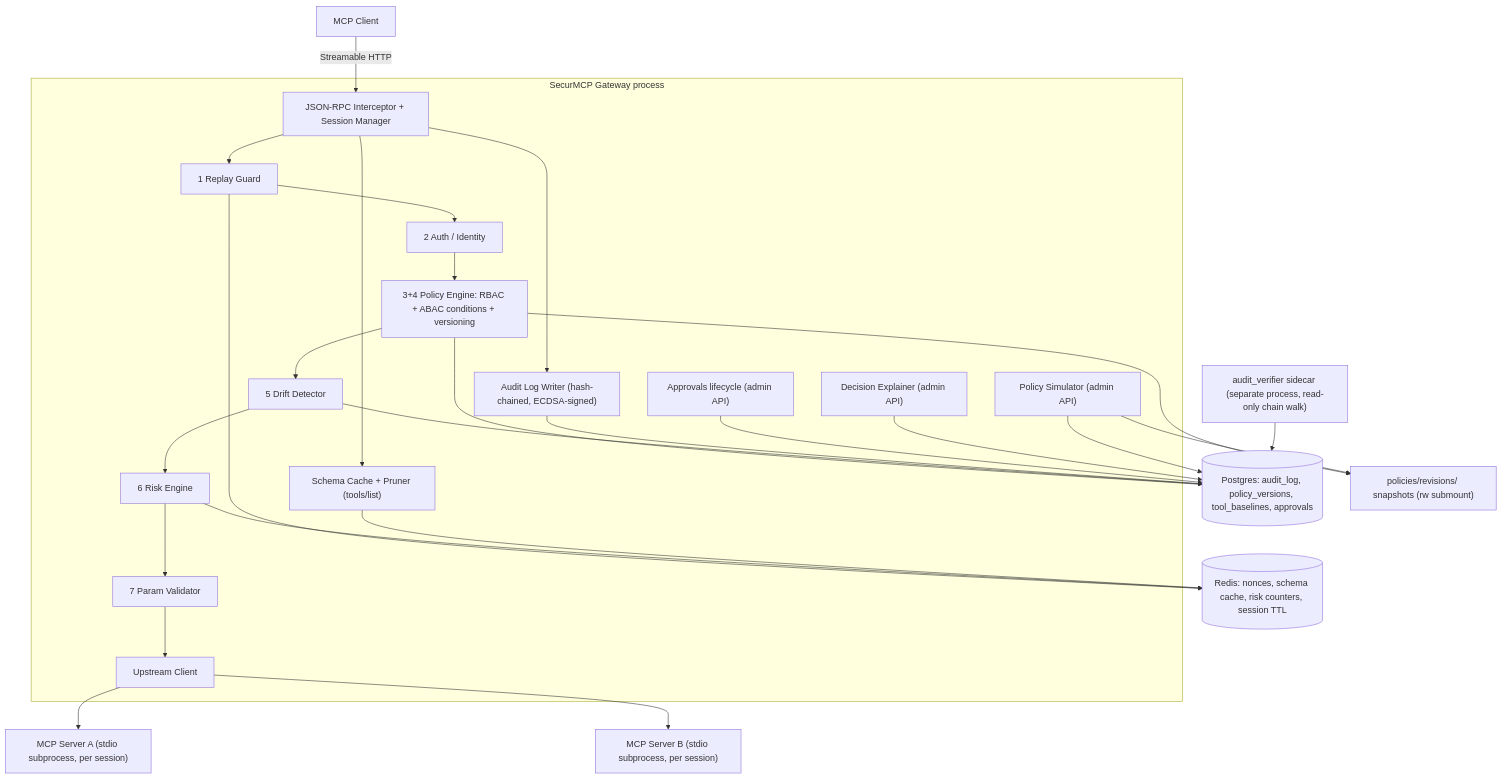
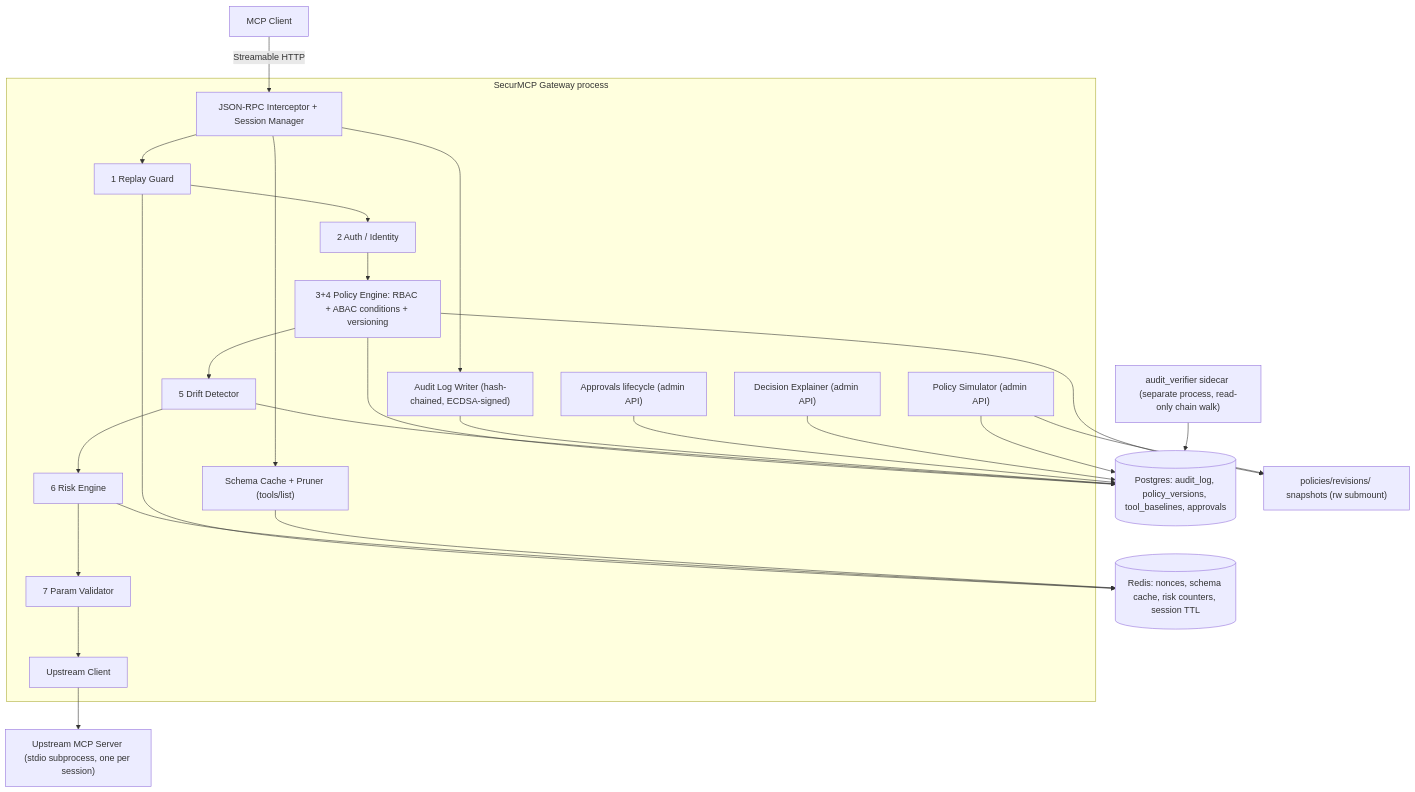
One commit to BashaarJavaid/SecureMCP changed the diagram in README.md. Above: the diagram before and after it, drawn with Mermaid. The commit also changed other lines of this file and 11 other files, not shown here.

````diff
--- a/README.md
+++ b/README.md
@@ -34,38 +38,37 @@
 ```mermaid
 graph TD
     Client["MCP Client"] -->|"Streamable HTTP"| Interceptor
 
     subgraph Gateway["SecurMCP Gateway process"]
         Interceptor["JSON-RPC Interceptor + Session Manager"]
         Interceptor --> Replay["1 Replay Guard"]
         Replay --> Auth["2 Auth / Identity"]
         Auth --> Policy["3+4 Policy Engine: RBAC + ABAC conditions + versioning"]
         Policy --> Drift["5 Drift Detector"]
         Drift --> Risk["6 Risk Engine"]
         Risk --> Validator["7 Param Validator"]
         Validator --> UpClient["Upstream Client"]
         Interceptor --> SchemaCache["Schema Cache + Pruner (tools/list)"]
         Interceptor --> AuditW["Audit Log Writer (hash-chained, ECDSA-signed)"]
         Approvals["Approvals lifecycle (admin API)"]
         Explainer["Decision Explainer (admin API)"]
         Simulator["Policy Simulator (admin API)"]
     end
 
-    UpClient --> SrvA["MCP Server A (stdio subprocess, per session)"]
-    UpClient --> SrvB["MCP Server B (stdio subprocess, per session)"]
+    UpClient --> Srv["Upstream MCP Server (stdio subprocess, one per session)"]
 
     Replay --> Redis[("Redis: nonces, schema cache, risk counters, session TTL")]
     Risk --> Redis
     SchemaCache --> Redis
 
     Policy --> PG[("Postgres: audit_log, policy_versions, tool_baselines, approvals")]
     Drift --> PG
     AuditW --> PG
     Approvals --> PG
     Explainer --> PG
     Simulator --> PG
     Policy --> Rev["policies/revisions/ snapshots (rw submount)"]
     Simulator --> Rev
 
     Verifier["audit_verifier sidecar (separate process, read-only chain walk)"] --> PG
 ```
````
